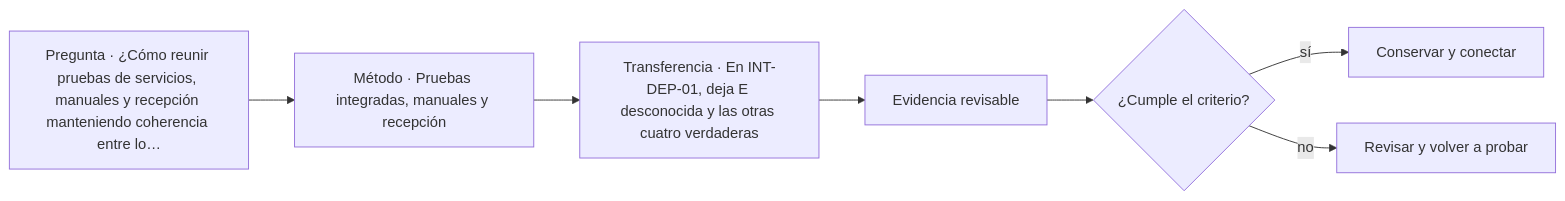
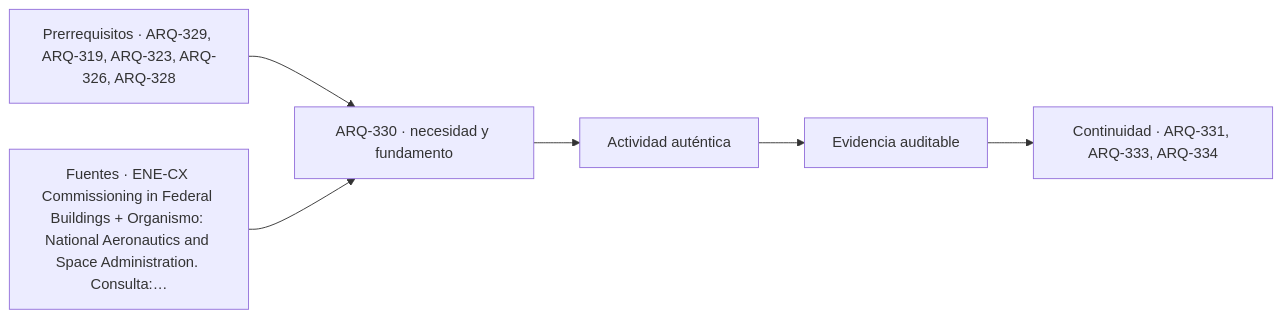
One commit to vladimiracunadev-create/architecture-built-environment-learning-program changed the diagram in classes/parte-33/ARQ-330.md. Above: the diagram before and after it, drawn with Mermaid. The commit also changed other lines of this file and 761 other files, not shown here.

````diff
--- a/classes/parte-33/ARQ-330.md
+++ b/classes/parte-33/ARQ-330.md
@@ -115,9 +127,8 @@
 ```mermaid
 flowchart LR
-    Q["Pregunta · ¿Cómo reunir pruebas de servicios, manuales y recepción manteniendo coherencia entre lo…"] --> M["Método · Pruebas integradas, manuales y recepción"]
-    M --> P["Transferencia · En INT-DEP-01, deja E desconocida y las otras cuatro verdaderas"]
-    P --> E["Evidencia revisable"]
-    E --> C{"¿Cumple el criterio?"}
-    C -->|sí| T["Conservar y conectar"]
-    C -->|no| R["Revisar y volver a probar"]
+    A["Prerrequisitos · ARQ-329, ARQ-319, ARQ-323, ARQ-326, ARQ-328"] --> B["ARQ-330 · necesidad y fundamento"]
+    S["Fuentes · ENE-CX Commissioning in Federal Buildings + Organismo: National Aeronautics and Space Administration. Consulta:…"] --> B
+    B --> C["Actividad auténtica"]
+    C --> D["Evidencia auditable"]
+    D --> E["Continuidad · ARQ-331, ARQ-333, ARQ-334"]
 ```
````
